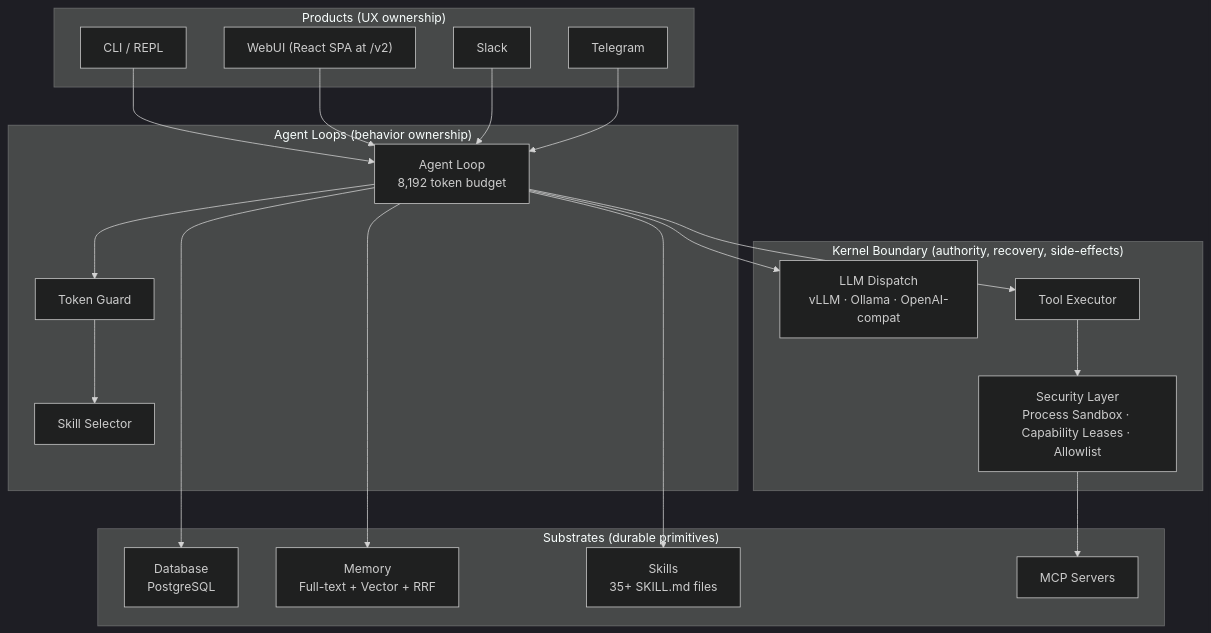
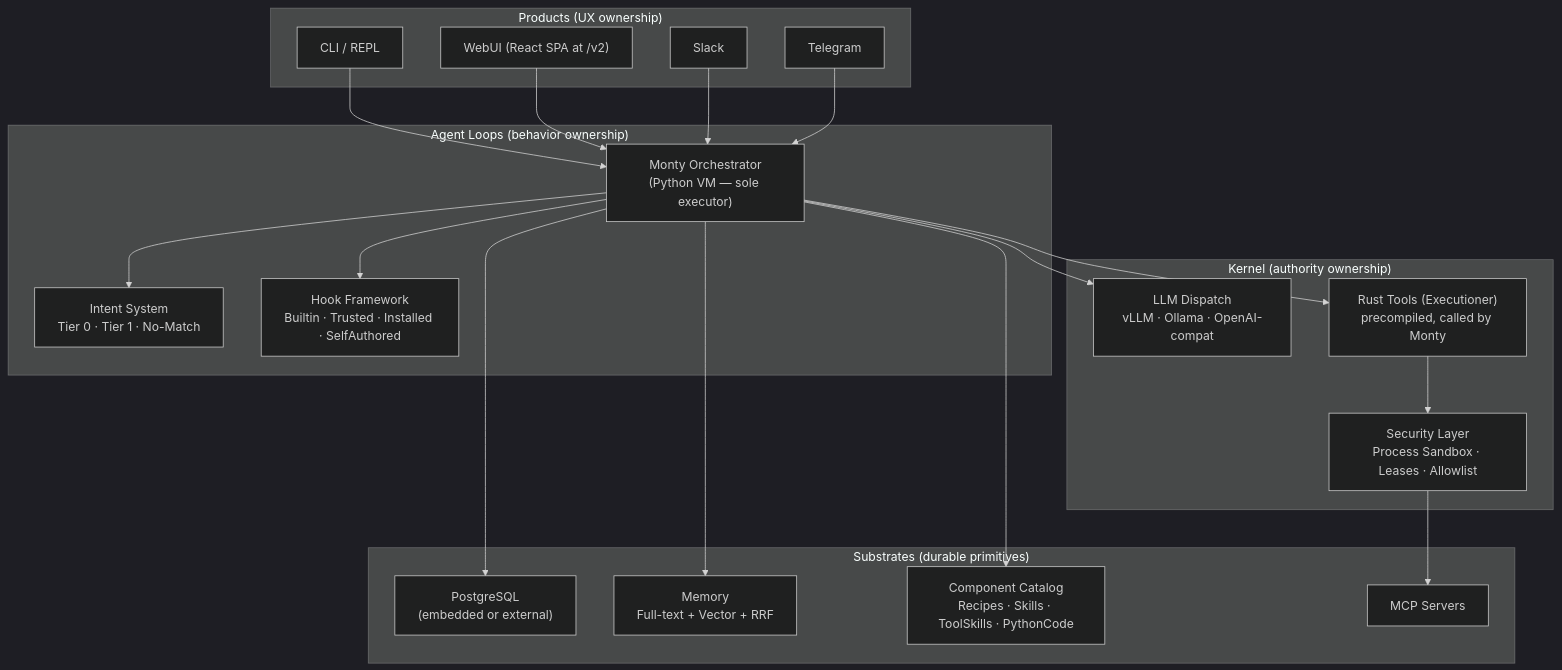
One commit to chtugha/brassclaw changed the diagram in README.md. Above: the diagram before and after it, drawn with Mermaid (dark theme). The commit also changed other lines of this file and 1 other file, not shown here.

First line of the commit message:
docs: update README and CLAUDE.md to reflect current v0.9.0 architecture

````diff
--- a/README.md
+++ b/README.md
@@ -337,35 +260,36 @@
 ```mermaid
 graph TD
     subgraph Products["Products (UX ownership)"]
         CLI["CLI / REPL"]
         WebUI["WebUI (React SPA at /v2)"]
         Slack["Slack"]
         Telegram["Telegram"]
     end
 
-    subgraph Agents["Agent Loops (behavior ownership)"]
-        AL["Agent Loop\n8,192 token budget"]
-        TG["Token Guard"]
-        SS["Skill Selector"]
+    subgraph Loops["Agent Loops (behavior ownership)"]
+        Monty["Monty Orchestrator\n(Python VM — sole executor)"]
+        Intent["Intent System\nTier 0 · Tier 1 · No-Match"]
+        Hooks["Hook Framework\nBuiltin · Trusted · Installed · SelfAuthored"]
     end
 
-    subgraph Kernel["Kernel Boundary (authority, recovery, side-effects)"]
+    subgraph Kernel["Kernel (authority ownership)"]
         LLM["LLM Dispatch\nvLLM · Ollama · OpenAI-compat"]
-        Tools["Tool Executor"]
-        Sec["Security Layer\nProcess Sandbox · Capability Leases · Allowlist"]
+        Tools["Rust Tools (Executioner)\nprecompiled, called by Monty"]
+        Sec["Security Layer\nProcess Sandbox · Leases · Allowlist"]
     end
 
     subgraph Substrates["Substrates (durable primitives)"]
-        DB["Database\nPostgreSQL"]
+        DB["PostgreSQL\n(embedded or external)"]
         Mem["Memory\nFull-text + Vector + RRF"]
-        Skills["Skills\n35+ SKILL.md files"]
+        Comp["Component Catalog\nRecipes · Skills · ToolSkills · PythonCode"]
         MCP["MCP Servers"]
     end
 
-    CLI & WebUI & Slack & Telegram --> AL
-    AL --> TG --> SS
-    AL --> LLM
-    AL --> Tools --> Sec
+    CLI & WebUI & Slack & Telegram --> Monty
+    Monty --> Intent
+    Monty --> LLM
+    Monty --> Tools --> Sec
+    Monty --> Hooks
     Sec --> MCP
-    AL --> DB & Mem & Skills
+    Monty --> DB & Mem & Comp
 ```
````
